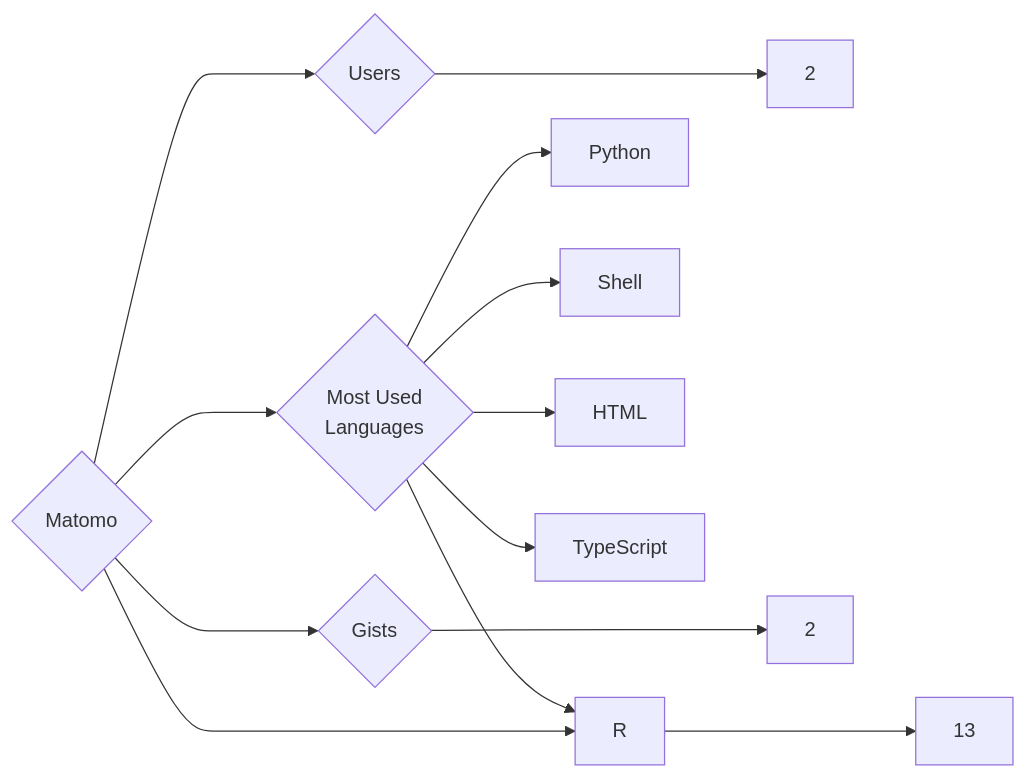
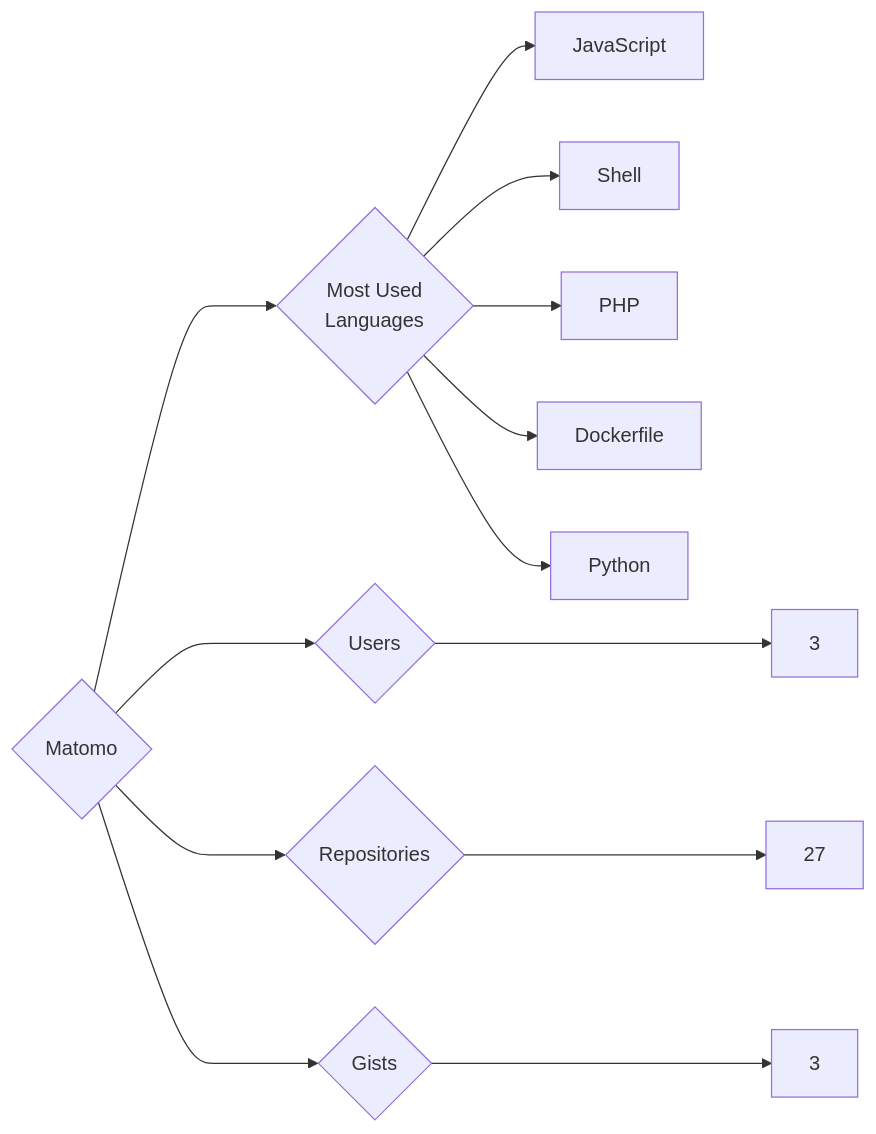
The diagram in targets/Matomo/README.md (trickest/insiders), drawn with Mermaid before and after one commit. The commit also changed 835 other files, not shown here.

````diff
--- a/targets/Matomo/README.md
+++ b/targets/Matomo/README.md
@@ -3,13 +3,13 @@
 ```mermaid
 graph LR
 COMPANY_NAME{Matomo}
-COMPANY_NAME ---> U{Users} ---> UN[2]
-COMPANY_NAME ---> R{Repositories} ---> RN[13]
-COMPANY_NAME ---> G{Gists} ---> GN[2]
+COMPANY_NAME ---> U{Users} ---> UN[3]
+COMPANY_NAME ---> R{Repositories} ---> RN[27]
+COMPANY_NAME ---> G{Gists} ---> GN[3]
 COMPANY_NAME ---> ML{Most Used<br>Languages}
+ML --> JavaScript[JavaScript]
+ML --> Shell[Shell]
+ML --> PHP[PHP]
+ML --> Dockerfile[Dockerfile]
 ML --> Python[Python]
-ML --> Shell[Shell]
-ML --> HTML[HTML]
-ML --> TypeScript[TypeScript]
-ML --> R[R]
 ```
````
